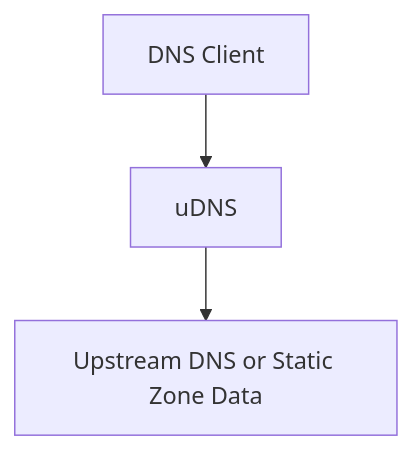
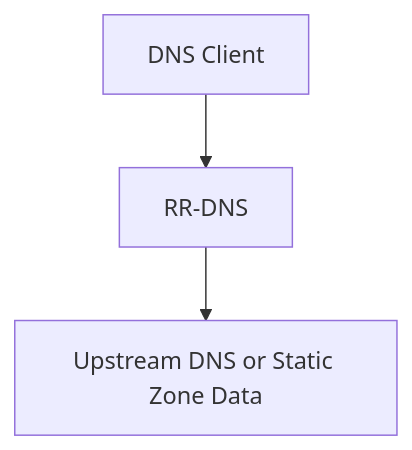
Before and after one commit to haukened/rr-dns: the first of 5 diagrams in docs/arc42.md, drawn with Mermaid. The commit also changed other lines of this file and 2 other files, not shown here.

Commit message:
feat(docs): update README and arc42 documentation to reflect project name change from uDNS to RR-DNS

````diff
--- a/docs/arc42.md
+++ b/docs/arc42.md
@@ -48,5 +48,5 @@
 ```mermaid
 graph TD
-  Client[DNS Client] --> uDNS
-  uDNS --> Internet[Upstream DNS or Static Zone Data]
+  Client[DNS Client] --> RR-DNS
+  RR-DNS --> Internet[Upstream DNS or Static Zone Data]
 ```
````
